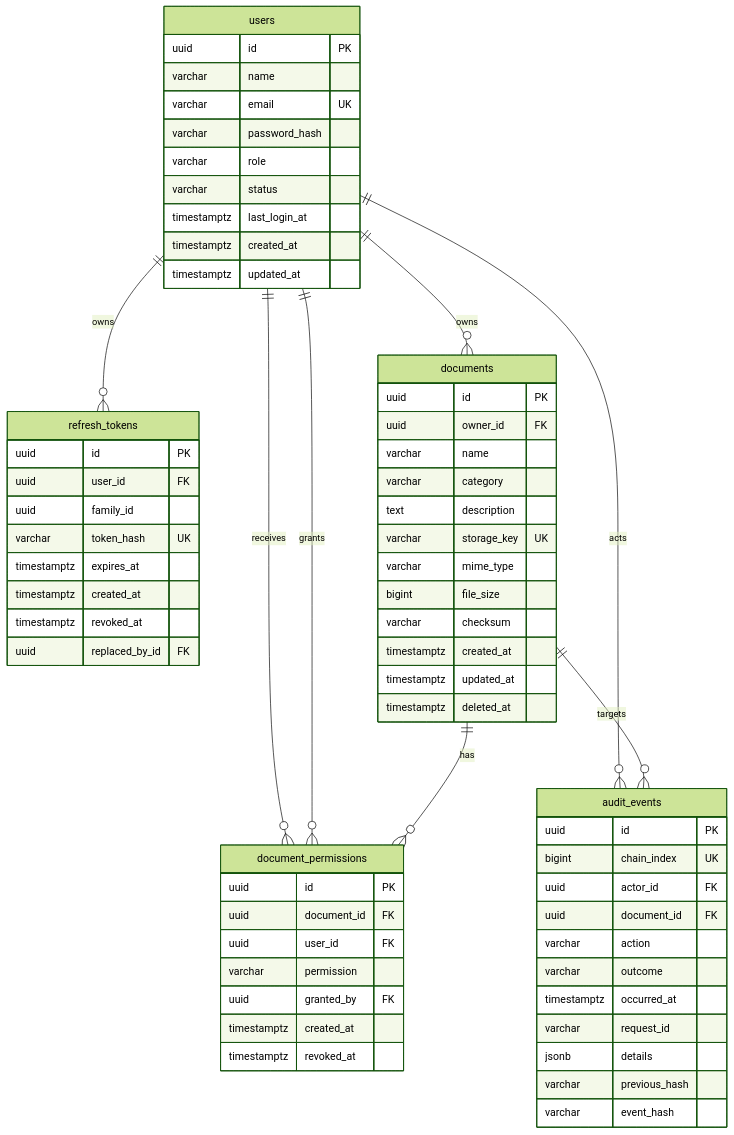
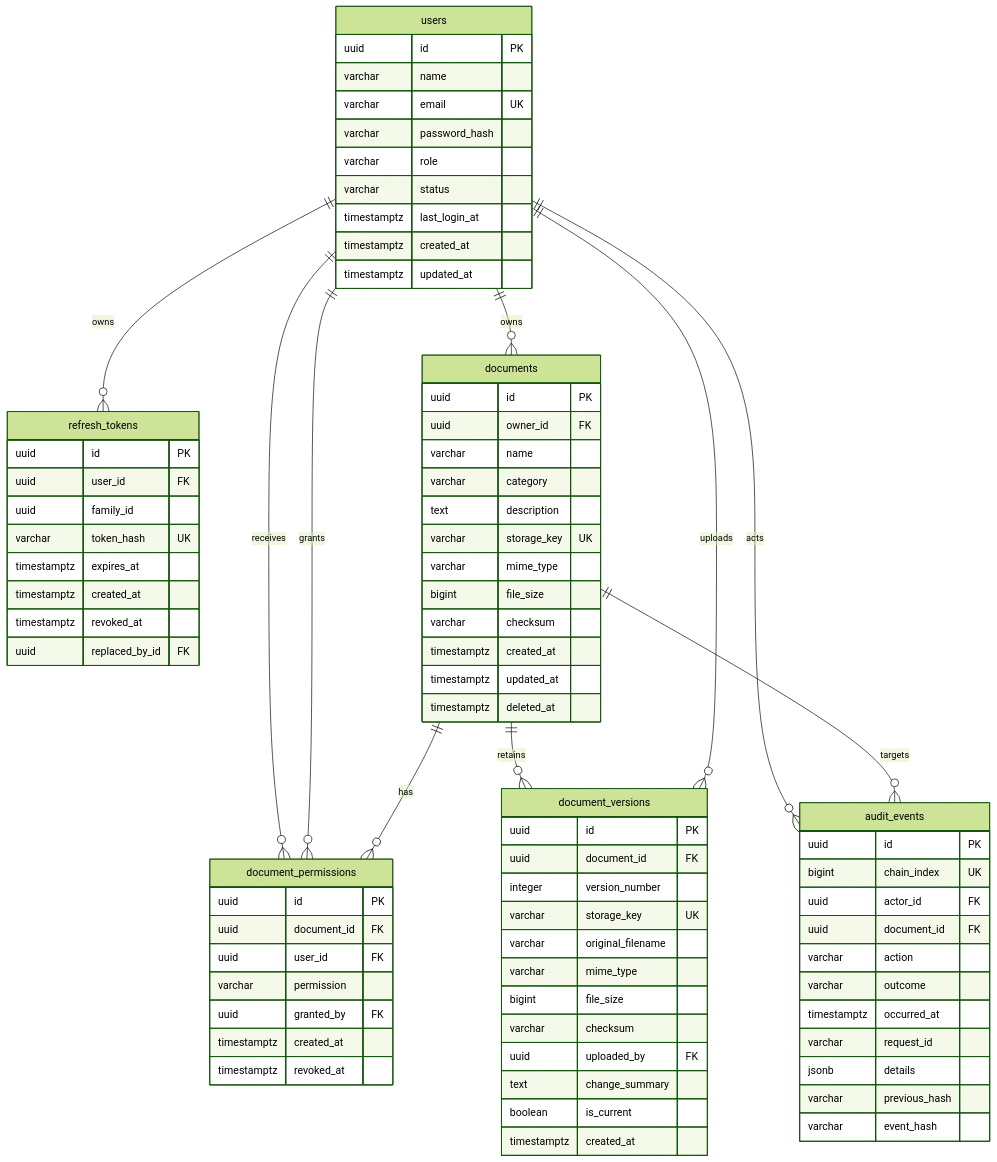
Before and after one commit to saisankeerth27/TrustVault: the diagram in docs/DATABASE.md, drawn with Mermaid (forest theme). The commit also changed other lines of this file and 32 other files, not shown here.

Commit message:
feat(documents): add version history and readable audit details

```diff
--- a/docs/DATABASE.md
+++ b/docs/DATABASE.md
@@ -13,6 +13,8 @@
     users ||--o{ document_permissions : receives
     users ||--o{ document_permissions : grants
     documents ||--o{ document_permissions : has
+    documents ||--o{ document_versions : retains
+    users ||--o{ document_versions : uploads
     users ||--o{ audit_events : acts
     documents ||--o{ audit_events : targets
 
@@ -54,6 +56,21 @@
         timestamptz deleted_at
     }
 
+    document_versions {
+        uuid id PK
+        uuid document_id FK
+        integer version_number
+        varchar storage_key UK
+        varchar original_filename
+        varchar mime_type
+        bigint file_size
+        varchar checksum
+        uuid uploaded_by FK
+        text change_summary
+        boolean is_current
+        timestamptz created_at
+    }
+
     document_permissions {
         uuid id PK
         uuid document_id FK
```
